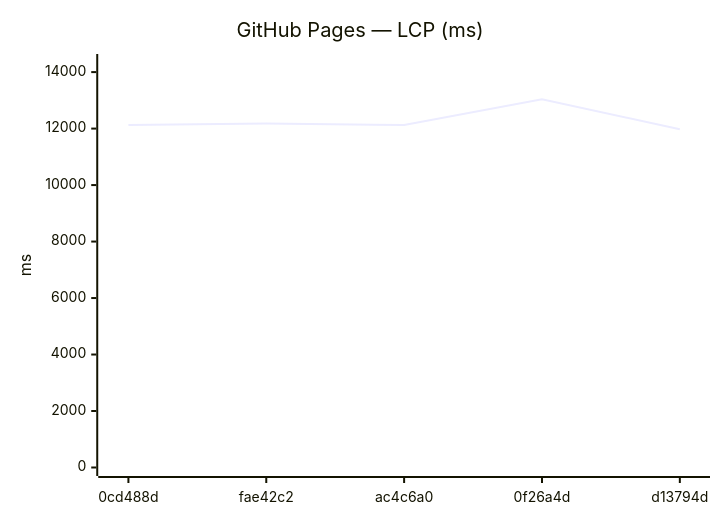
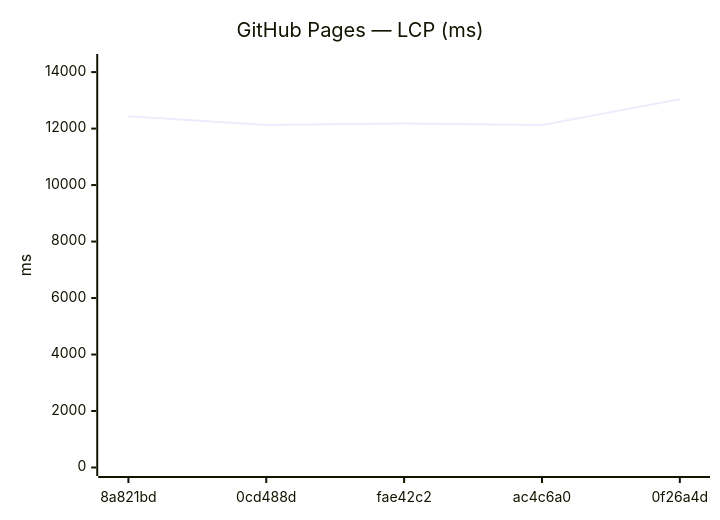
The ninth of 18 diagrams in benchmarks/compare.md (Metaheurist/Rianell), drawn with Mermaid before and after one commit. The commit also changed other lines of this file and 11 other files, not shown here.

````diff
--- a/benchmarks/compare.md
+++ b/benchmarks/compare.md
@@ -142,7 +142,7 @@
 ```mermaid
 xychart-beta
     title "GitHub Pages — LCP (ms)"
-    x-axis ["0cd488d", "fae42c2", "ac4c6a0", "0f26a4d", "d13794d"]
+    x-axis ["8a821bd", "0cd488d", "fae42c2", "ac4c6a0", "0f26a4d"]
     y-axis "ms" 0 --> 14340
-    line [12126, 12180, 12127, 13036, 11979]
+    line [12438, 12126, 12180, 12127, 13036]
 ```
````
